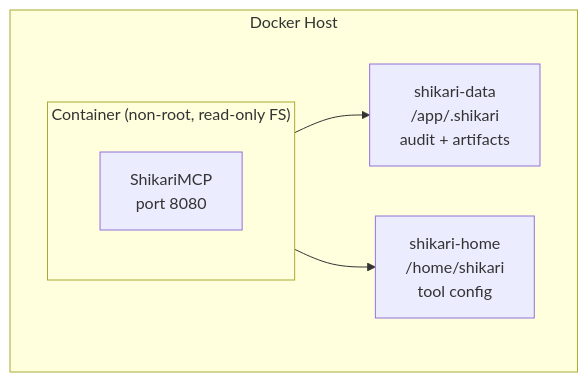
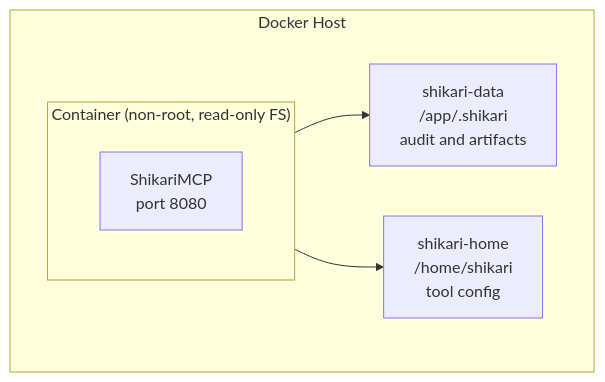
One commit to Zaeem20/ShikariMCP changed the diagram in docs/DOCKER.md. Above: the diagram before and after it, drawn with Mermaid. The commit also changed 4 other files, not shown here.

First line of the commit message:
fix(docs): quote mermaid labels for GitHub rendering, use image in README

````diff
--- a/docs/DOCKER.md
+++ b/docs/DOCKER.md
@@ -9,12 +9,12 @@
 ```mermaid
 flowchart TB
     subgraph Host["Docker Host"]
         subgraph C["Container (non-root, read-only FS)"]
-            APP[ShikariMCP<br/>port 8080]
+            APP["ShikariMCP<br/>port 8080"]
         end
-        V1[shikari-data<br/>/app/.shikari<br/>audit + artifacts]
-        V2[shikari-home<br/>/home/shikari<br/>tool config]
+        V1["shikari-data<br/>/app/.shikari<br/>audit and artifacts"]
+        V2["shikari-home<br/>/home/shikari<br/>tool config"]
     end
     C --> V1
     C --> V2
 ```
````
